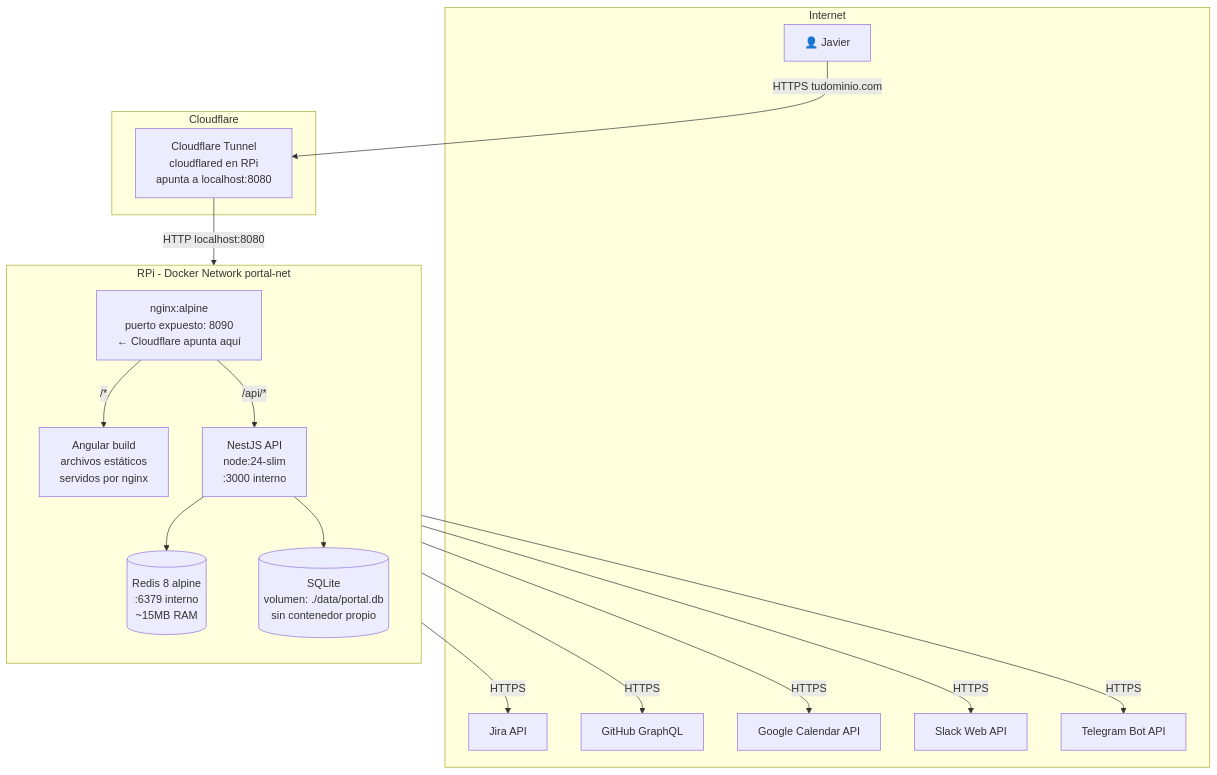
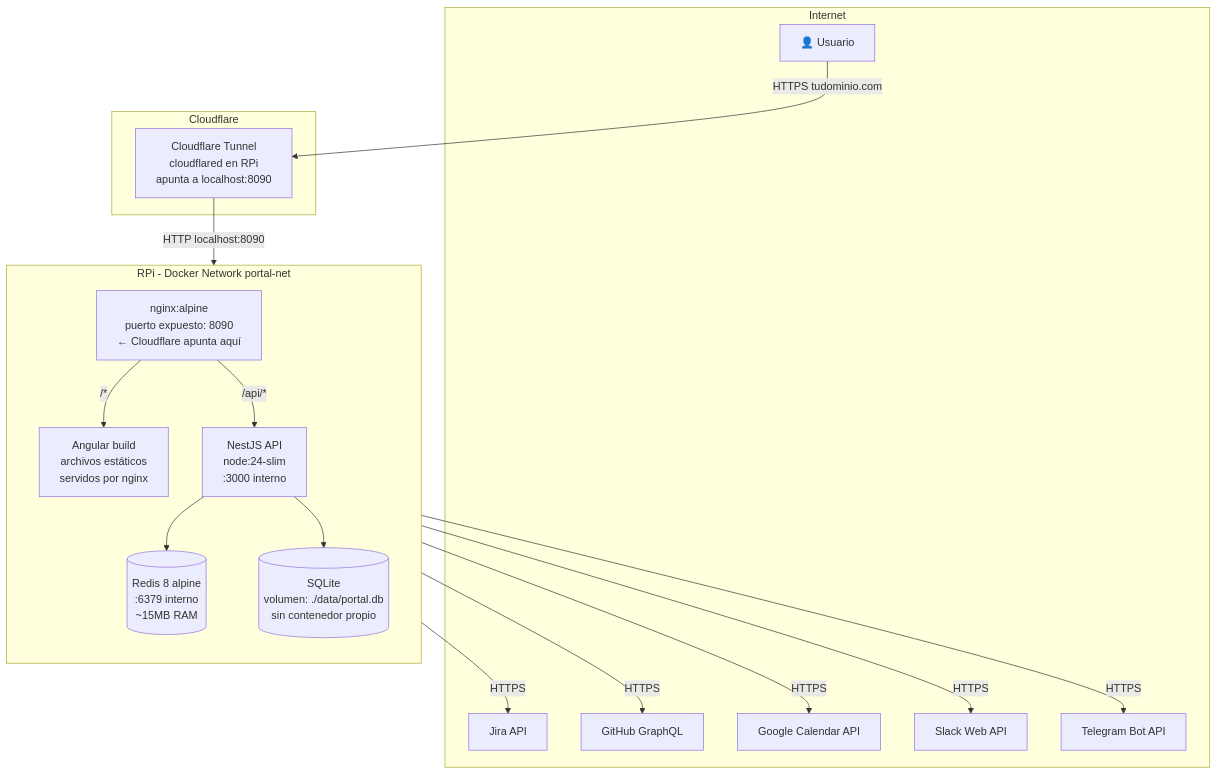
One commit to fjbatresv/daily-portal changed the seventh of 9 diagrams in daily-portal-architecture.md. Above: the diagram before and after it, drawn with Mermaid. The commit also changed other lines of this file and 49 other files, not shown here.

````diff
--- a/daily-portal-architecture.md
+++ b/daily-portal-architecture.md
@@ -271,37 +271,37 @@
 ```mermaid
 graph TB
   subgraph Internet
-    USER[👤 Javier]
+    USER[👤 Usuario]
     JIRA_E[Jira API]
     GH_E[GitHub GraphQL]
     GCAL_E[Google Calendar API]
     SLACK_E[Slack Web API]
     TG_E[Telegram Bot API]
   end
 
   subgraph Cloudflare
-    CF[Cloudflare Tunnel<br/>cloudflared en RPi<br/>apunta a localhost:8080]
+    CF[Cloudflare Tunnel<br/>cloudflared en RPi<br/>apunta a localhost:8090]
   end
 
   USER -->|HTTPS tudominio.com| CF
 
   subgraph RPi - Docker Network portal-net
     direction TB
     NGINX[nginx:alpine<br/>puerto expuesto: 8090<br/>← Cloudflare apunta aquí]
     ANGULAR[Angular build<br/>archivos estáticos<br/>servidos por nginx]
     NESTJS[NestJS API<br/>node:24-slim<br/>:3000 interno]
     REDIS[(Redis 8 alpine<br/>:6379 interno<br/>~15MB RAM)]
     SQLITE[(SQLite<br/>volumen: ./data/portal.db<br/>sin contenedor propio)]
   end
 
-  CF -->|HTTP localhost:8080| NGINX
+  CF -->|HTTP localhost:8090| NGINX
   NGINX -->|/* | ANGULAR
   NGINX -->|/api/*| NESTJS
   NESTJS --> REDIS
   NESTJS --> SQLITE
   NESTJS -->|HTTPS| JIRA_E
   NESTJS -->|HTTPS| GH_E
   NESTJS -->|HTTPS| GCAL_E
   NESTJS -->|HTTPS| SLACK_E
   NESTJS -->|HTTPS| TG_E
 ```
````
